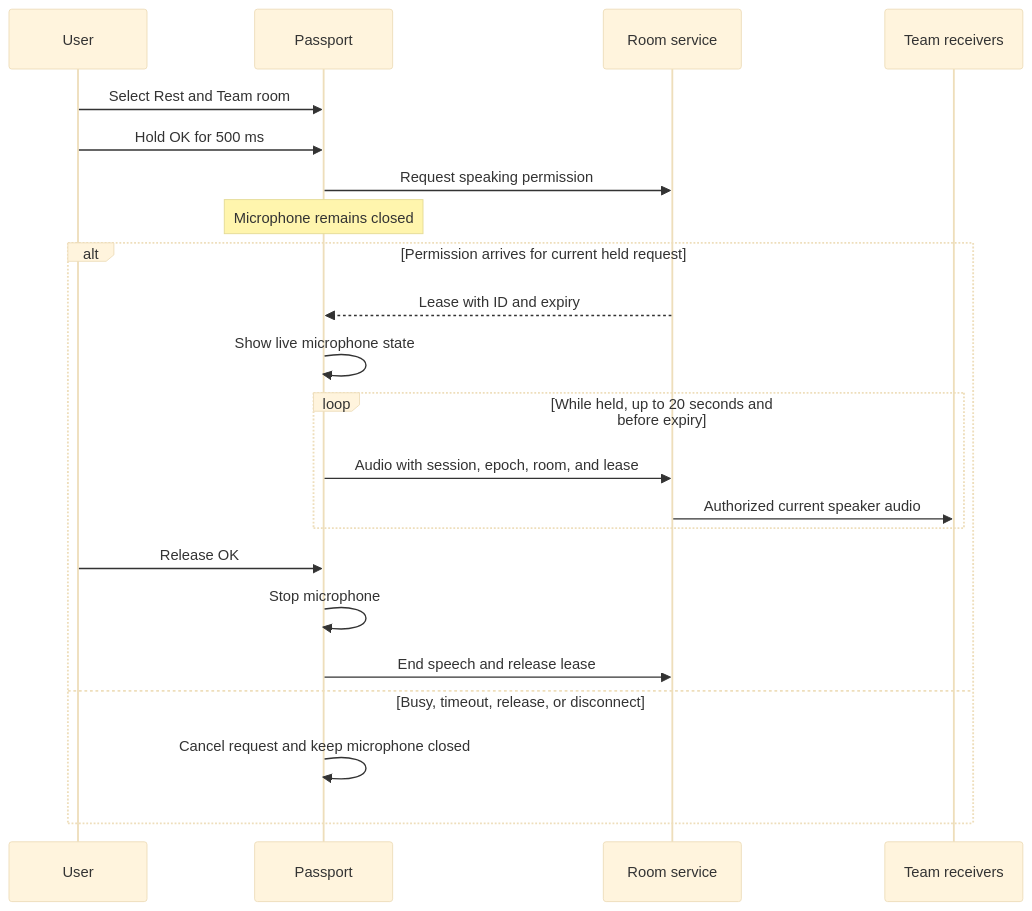
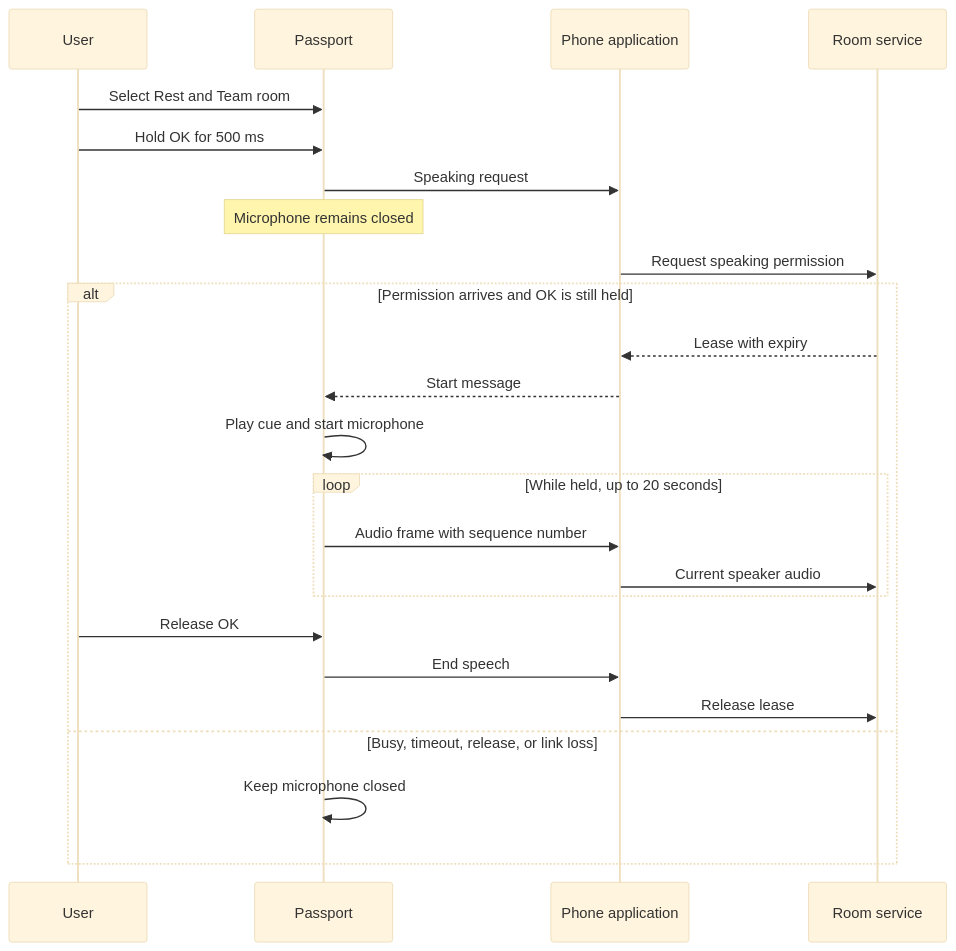
The third of 3 diagrams in 需求文件夹/02-architecture.md (Azuresword/Heygo-AiPassport), drawn with Mermaid (base theme) before and after one commit. The commit also changed other lines of this file and 13 other files, not shown here.

````diff
--- a/需求文件夹/02-architecture.md
+++ b/需求文件夹/02-architecture.md
@@ -437,24 +445,26 @@
 ```mermaid
 sequenceDiagram
     participant U as User
     participant P as Passport
+    participant A as Phone application
     participant R as Room service
-    participant T as Team receivers
     U->>P: Select Rest and Team room
     U->>P: Hold OK for 500 ms
-    P->>R: Request speaking permission
+    P->>A: Speaking request
     Note over P: Microphone remains closed
-    alt Permission arrives for current held request
-        R-->>P: Lease with ID and expiry
-        P->>P: Show live microphone state
-        loop While held, up to 20 seconds and before expiry
-            P->>R: Audio with session, epoch, room, and lease
-            R->>T: Authorized current speaker audio
+    A->>R: Request speaking permission
+    alt Permission arrives and OK is still held
+        R-->>A: Lease with expiry
+        A-->>P: Start message
+        P->>P: Play cue and start microphone
+        loop While held, up to 20 seconds
+            P->>A: Audio frame with sequence number
+            A->>R: Current speaker audio
         end
         U->>P: Release OK
-        P->>P: Stop microphone
-        P->>R: End speech and release lease
-    else Busy, timeout, release, or disconnect
-        P->>P: Cancel request and keep microphone closed
+        P->>A: End speech
+        A->>R: Release lease
+    else Busy, timeout, release, or link loss
+        P->>P: Keep microphone closed
     end
 ```
````
